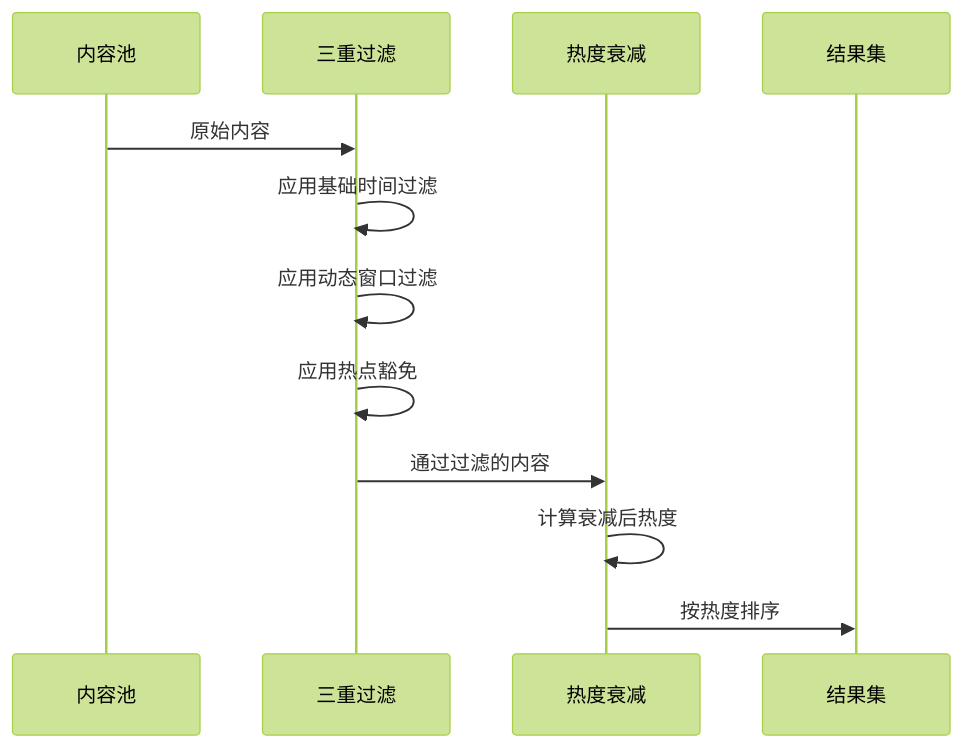
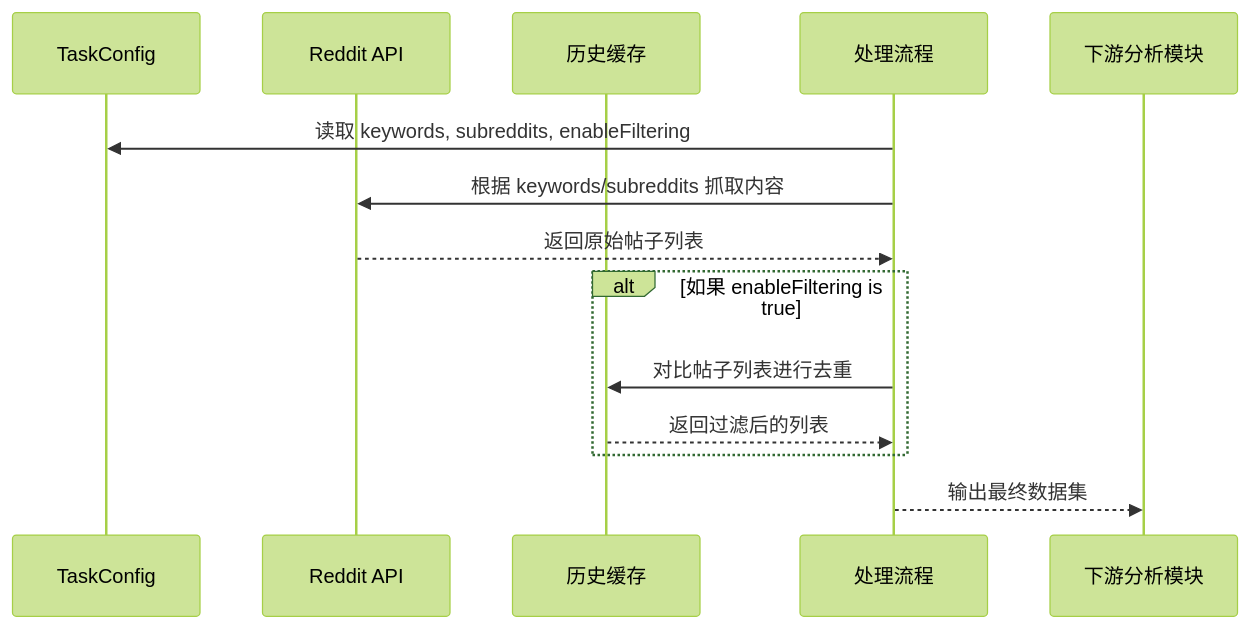
The fourth of 4 diagrams in README.md (JinJieBeWater/redgent), drawn with Mermaid (forest theme) before and after one commit. The commit also changed other lines of this file and 3 other files, not shown here.

````diff
--- a/README.md
+++ b/README.md
@@ -147,15 +204,16 @@
 ```mermaid
 sequenceDiagram
-    participant C as 内容池
-    participant F as 三重过滤
-    participant D as 热度衰减
-    participant R as 结果集
+    participant TC as TaskConfig
+    participant Reddit as Reddit API
+    participant Cache as 历史缓存
+    participant P as 处理流程
 
-    C->>F: 原始内容
-    F->>F: 应用基础时间过滤
-    F->>F: 应用动态窗口过滤
-    F->>F: 应用热点豁免
-    F->>D: 通过过滤的内容
-    D->>D: 计算衰减后热度
-    D->>R: 按热度排序
+    P->>TC: 读取 keywords, subreddits, enableFiltering
+    P->>Reddit: 根据 keywords/subreddits 抓取内容
+    Reddit-->>P: 返回原始帖子列表
+    alt 如果 enableFiltering is true
+        P->>Cache: 对比帖子列表进行去重
+        Cache-->>P: 返回过滤后的列表
+    end
+    P-->>下游分析模块: 输出最终数据集
 ```
````
